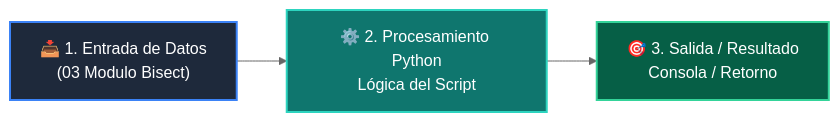
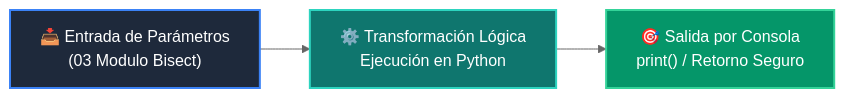
One commit to wisrovi/wisrovi-python changed the diagram in 02-algoritmos-estructuras/clase-04-algoritmos-busqueda/ejemplos/ejemplo_03_modulo_bisect/README.md. Above: the diagram before and after it, drawn with Mermaid (neutral theme). The commit also changed other lines of this file and 226 other files, not shown here.

Commit message:
docs: elevate all repository READMEs to world-class mastery standard with rich pedagogical architecture, custom Mermaids, and professional styling

````diff
--- a/02-algoritmos-estructuras/clase-04-algoritmos-busqueda/ejemplos/ejemplo_03_modulo_bisect/README.md
+++ b/02-algoritmos-estructuras/clase-04-algoritmos-busqueda/ejemplos/ejemplo_03_modulo_bisect/README.md
@@ -12,9 +19,9 @@
 ```mermaid
 flowchart LR
-    A["📥 1. Entrada de Datos<br/>(03 Modulo Bisect)"] --> B["⚙️ 2. Procesamiento Python<br/>Lógica del Script"]
-    B --> C["🎯 3. Salida / Resultado<br/>Consola / Retorno"]
+    A["📥 Entrada de Parámetros<br/>(03 Modulo Bisect)"] --> B["⚙️ Transformación Lógica<br/>Ejecución en Python"]
+    B --> C["🎯 Salida por Consola<br/>print() / Retorno Seguro"]
 
-    style A fill:#1e293b,color:#fff,stroke:#3b82f6,stroke-width:2px
-    style B fill:#0f766e,color:#fff,stroke:#2dd4bf,stroke-width:2px
-    style C fill:#065f46,color:#fff,stroke:#34d399,stroke-width:2px
+    style A fill:#1e293b,color:#ffffff,stroke:#3b82f6,stroke-width:2px
+    style B fill:#0f766e,color:#ffffff,stroke:#2dd4bf,stroke-width:2px
+    style C fill:#059669,color:#ffffff,stroke:#34d399,stroke-width:2px
 ```
````
